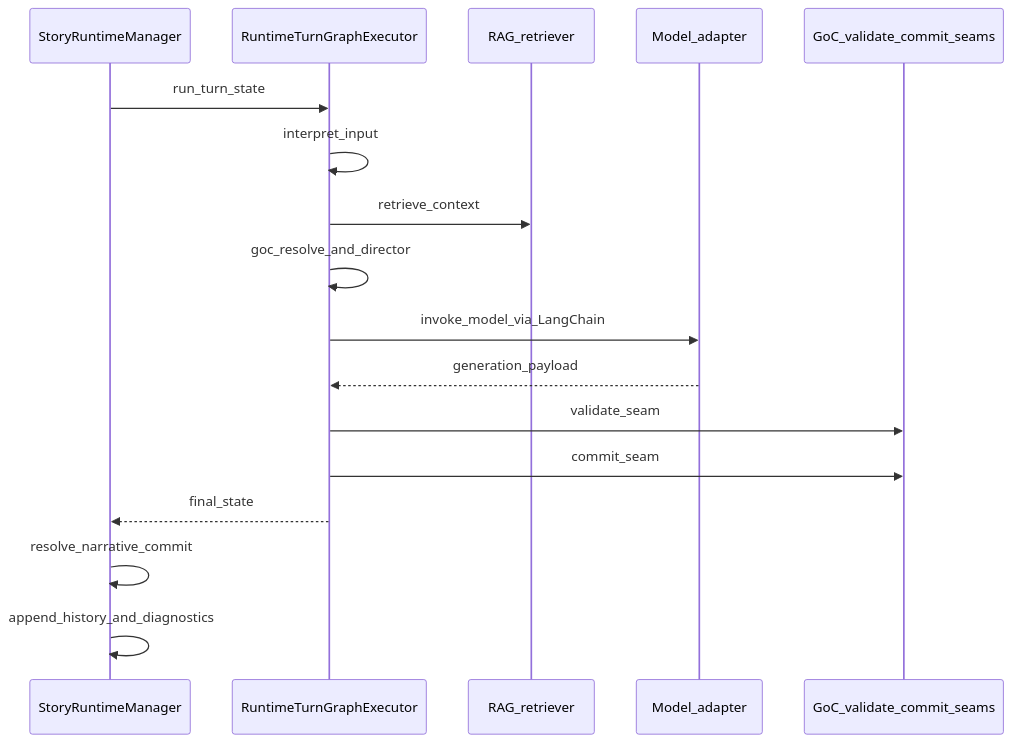
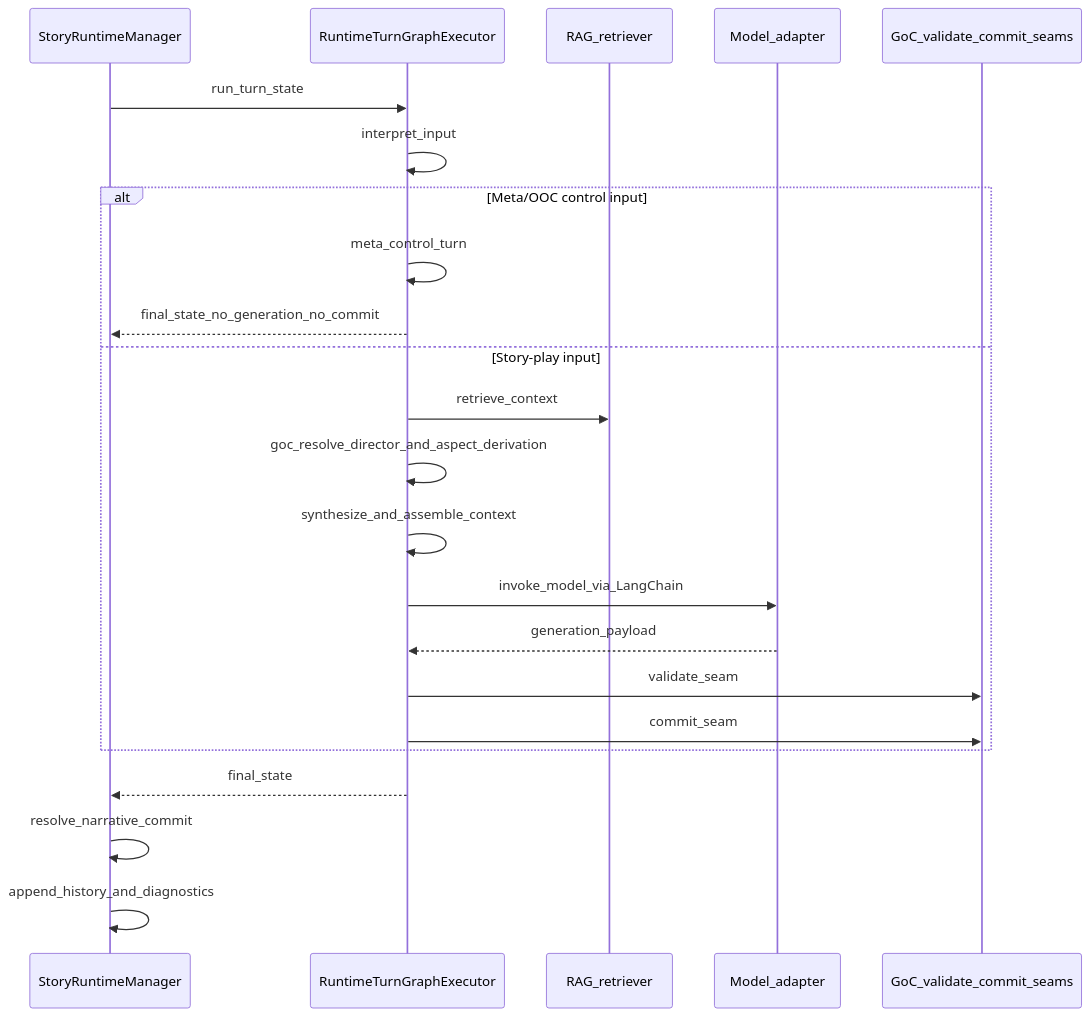
The seventh of 7 diagrams in docs/ai/ai_system_in_world_of_shadows.md (Held0fTheWelt/BLACKVEIN), drawn with Mermaid before and after one commit. The commit also changed other lines of this file and 24 other files, not shown here.

````diff
--- a/docs/ai/ai_system_in_world_of_shadows.md
+++ b/docs/ai/ai_system_in_world_of_shadows.md
@@ -436,19 +436,25 @@
 ```mermaid
 sequenceDiagram
   participant MGR as StoryRuntimeManager
   participant G as RuntimeTurnGraphExecutor
   participant R as RAG_retriever
   participant A as Model_adapter
   participant S as GoC_validate_commit_seams
   MGR->>G: run_turn_state
   G->>G: interpret_input
-  G->>R: retrieve_context
-  G->>G: goc_resolve_and_director
-  G->>A: invoke_model_via_LangChain
-  A-->>G: generation_payload
-  G->>S: validate_seam
-  G->>S: commit_seam
+  alt Meta/OOC control input
+    G->>G: meta_control_turn
+    G-->>MGR: final_state_no_generation_no_commit
+  else Story-play input
+    G->>R: retrieve_context
+    G->>G: goc_resolve_director_and_aspect_derivation
+    G->>G: synthesize_and_assemble_context
+    G->>A: invoke_model_via_LangChain
+    A-->>G: generation_payload
+    G->>S: validate_seam
+    G->>S: commit_seam
+  end
   G-->>MGR: final_state
   MGR->>MGR: resolve_narrative_commit
   MGR->>MGR: append_history_and_diagnostics
 ```
````
